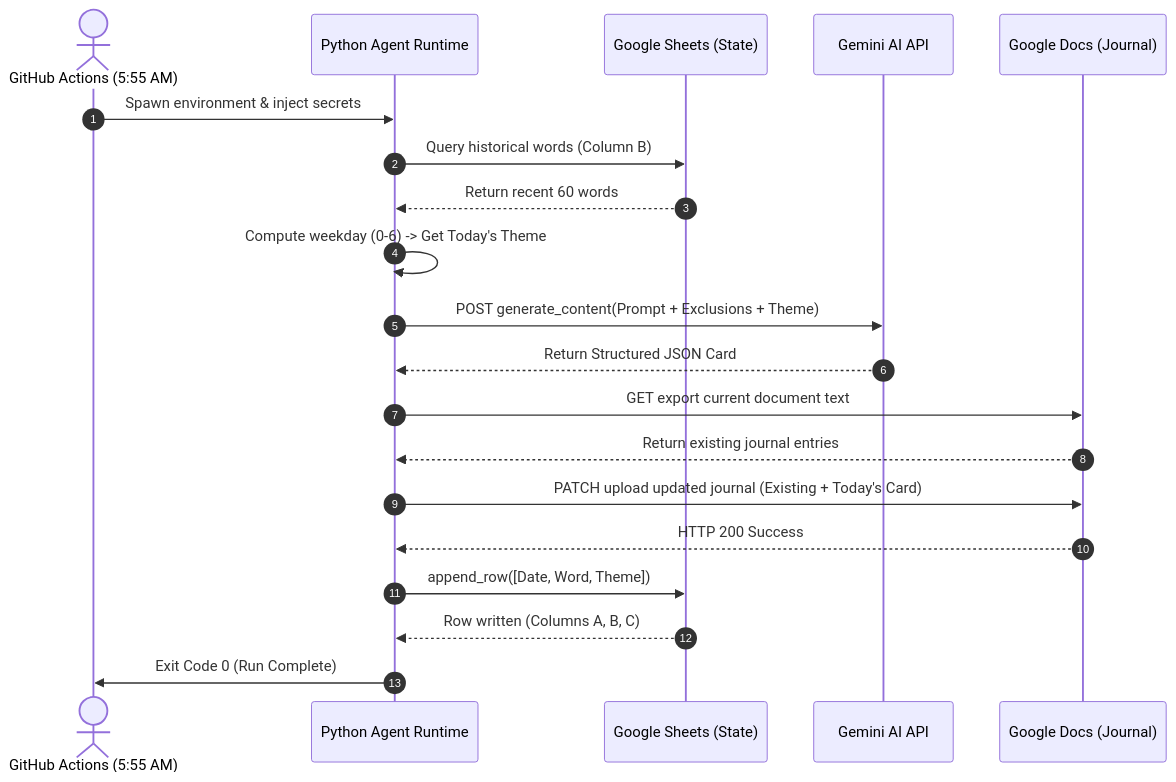
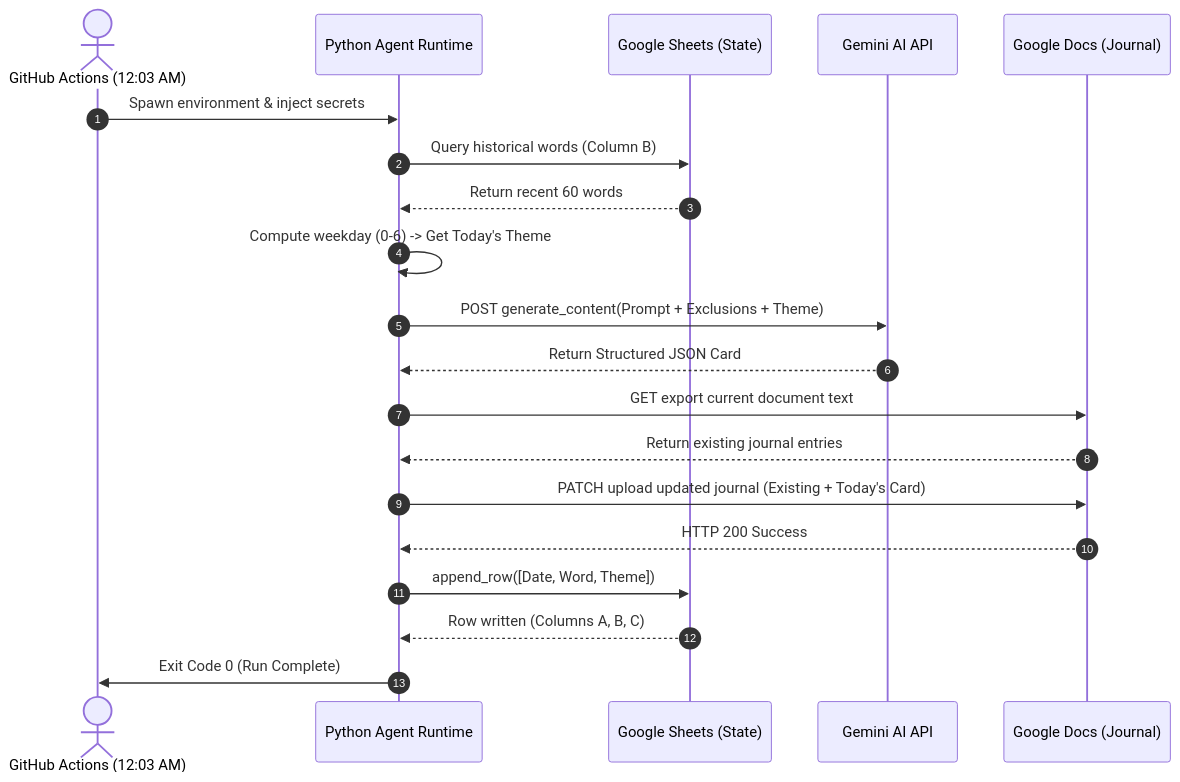
One commit to piyush-laddha/MarwarVaani changed the second of 3 diagrams in ARCHITECTURE.md. Above: the diagram before and after it, drawn with Mermaid. The commit also changed other lines of this file and 4 other files, not shown here.

````diff
--- a/ARCHITECTURE.md
+++ b/ARCHITECTURE.md
@@ -105,23 +105,23 @@
 ```mermaid
 sequenceDiagram
     autonumber
-    actor Scheduler as GitHub Actions (5:55 AM)
+    actor Scheduler as GitHub Actions (12:03 AM)
     participant Runner as Python Agent Runtime
     participant Sheets as Google Sheets (State)
     participant Gemini as Gemini AI API
     participant Docs as Google Docs (Journal)
 
     Scheduler->>Runner: Spawn environment & inject secrets
     Runner->>Sheets: Query historical words (Column B)
     Sheets-->>Runner: Return recent 60 words
     Runner->>Runner: Compute weekday (0-6) -> Get Today's Theme
     Runner->>Gemini: POST generate_content(Prompt + Exclusions + Theme)
     Gemini-->>Runner: Return Structured JSON Card
     Runner->>Docs: GET export current document text
     Docs-->>Runner: Return existing journal entries
     Runner->>Docs: PATCH upload updated journal (Existing + Today's Card)
     Docs-->>Runner: HTTP 200 Success
     Runner->>Sheets: append_row([Date, Word, Theme])
     Sheets-->>Runner: Row written (Columns A, B, C)
     Runner->>Scheduler: Exit Code 0 (Run Complete)
 ```
````
